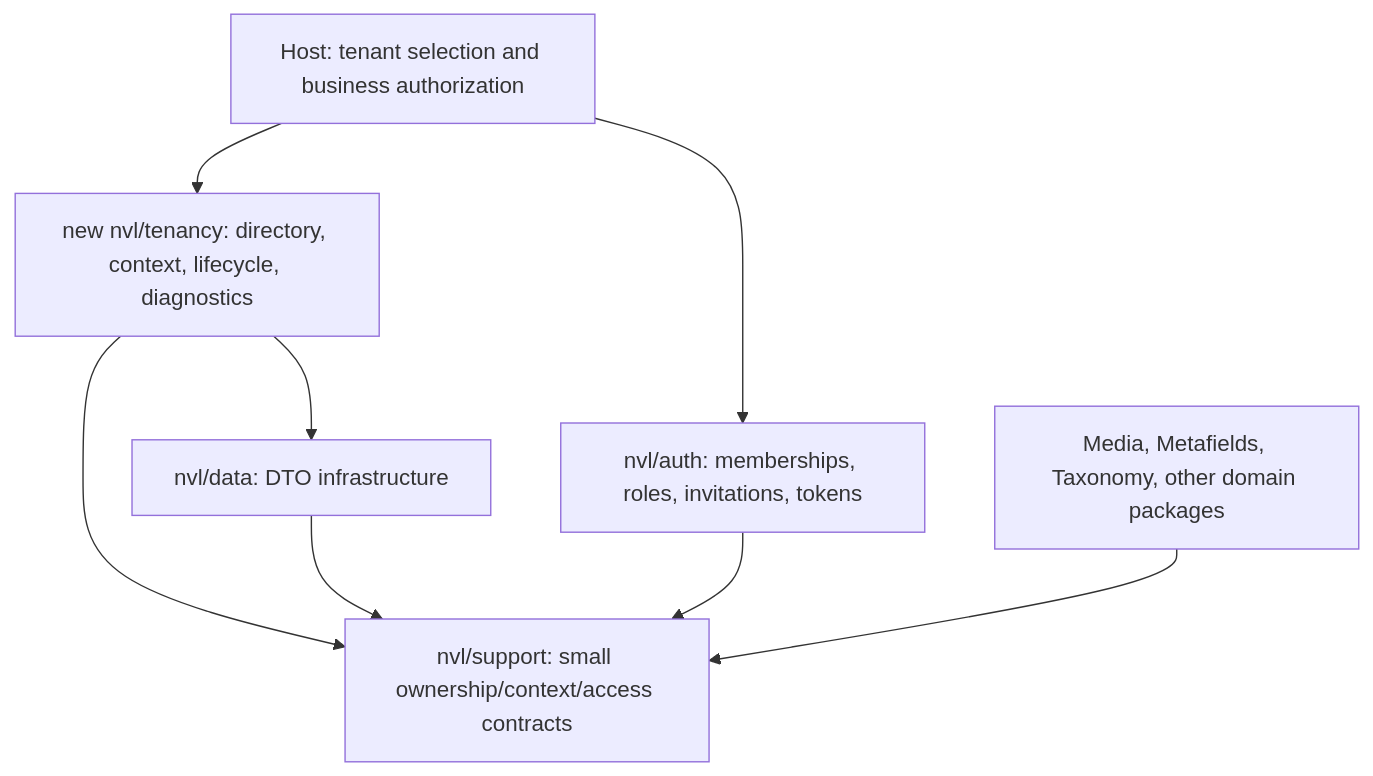
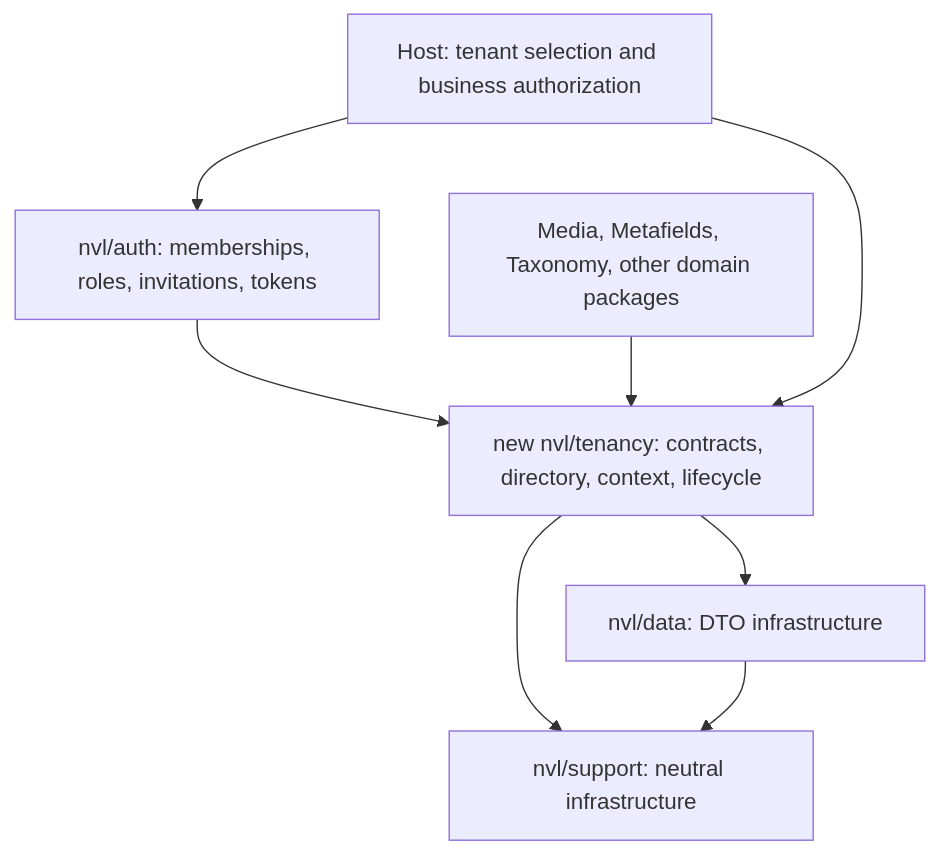
Before and after one commit to nicolasvlachos/nvl-laravel-suite: the diagram in docs/superpowers/specs/2026-09-16-configurable-tenancy-design.md, drawn with Mermaid. The commit also changed other lines of this file and 9 other files, not shown here.

Commit message:
docs(tenancy): refine architecture and executable package plans

````diff
--- a/docs/superpowers/specs/2026-09-16-configurable-tenancy-design.md
+++ b/docs/superpowers/specs/2026-09-16-configurable-tenancy-design.md
@@ -59,16 +65,16 @@
 ```mermaid
 flowchart TD
-    Support["nvl/support: small ownership/context/access contracts"]
+    Support["nvl/support: neutral infrastructure"]
     Data["nvl/data: DTO infrastructure"]
-    Tenancy["new nvl/tenancy: directory, context, lifecycle, diagnostics"]
+    Tenancy["new nvl/tenancy: contracts, directory, context, lifecycle"]
     Auth["nvl/auth: memberships, roles, invitations, tokens"]
     Domain["Media, Metafields, Taxonomy, other domain packages"]
     Host["Host: tenant selection and business authorization"]
     Tenancy --> Support
     Tenancy --> Data
     Data --> Support
-    Auth --> Support
-    Domain --> Support
+    Auth --> Tenancy
+    Domain --> Tenancy
     Host --> Tenancy
     Host --> Auth
 ```
````
